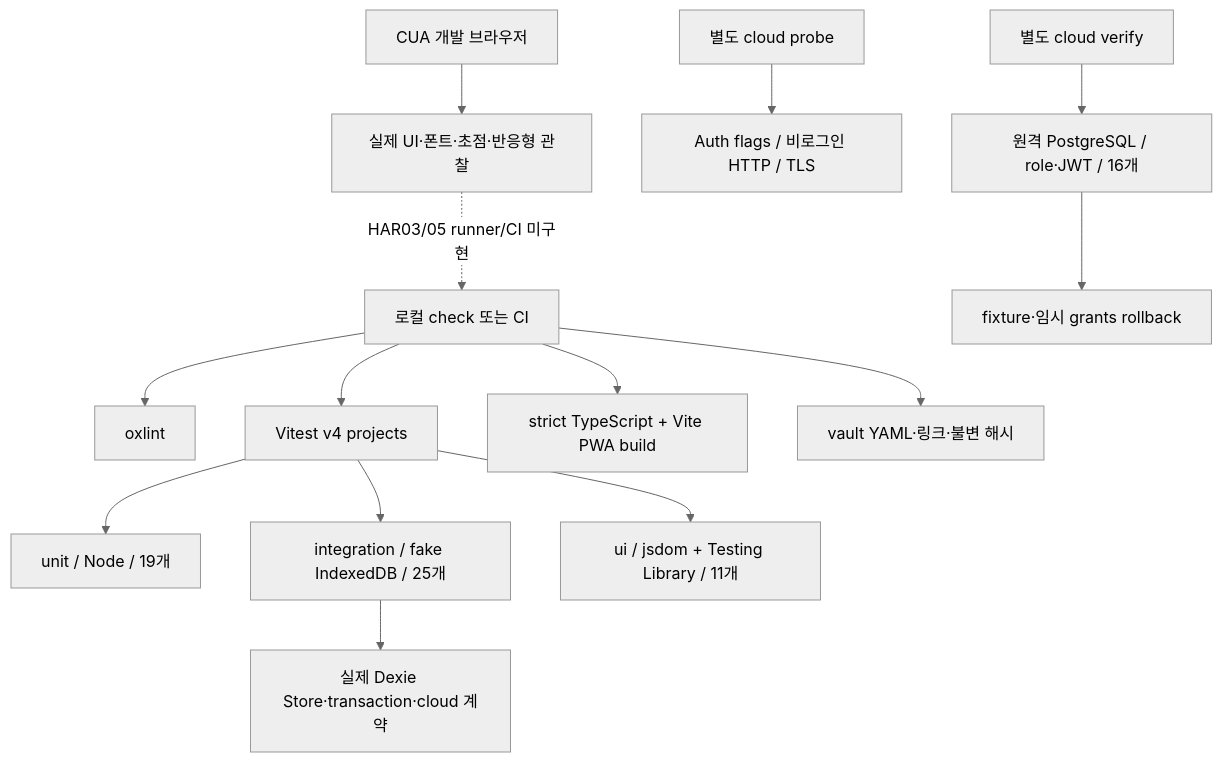
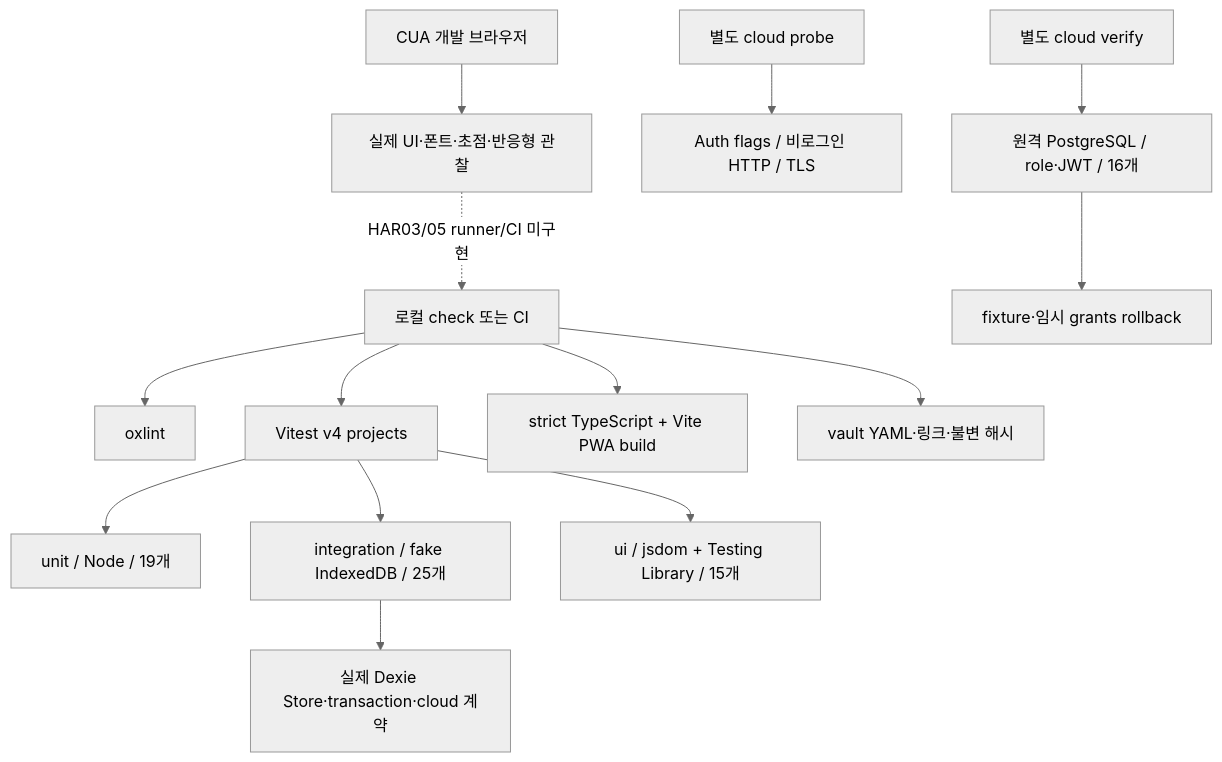
The diagram in vault/wiki/operations/testing-harness.md (Jeongjibsa/lightweight), drawn with Mermaid (neutral theme) before and after one commit. The commit also changed other lines of this file and 25 other files, not shown here.

````diff
--- a/vault/wiki/operations/testing-harness.md
+++ b/vault/wiki/operations/testing-harness.md
@@ -56,16 +59,16 @@
 ```mermaid
 flowchart TD
   A[로컬 check 또는 CI] --> B[oxlint]
   A --> C[Vitest v4 projects]
   C --> U[unit / Node / 19개]
   C --> I[integration / fake IndexedDB / 25개]
-  C --> J[ui / jsdom + Testing Library / 11개]
+  C --> J[ui / jsdom + Testing Library / 15개]
   I --> D[실제 Dexie Store·transaction·cloud 계약]
   A --> E[strict TypeScript + Vite PWA build]
   A --> V[vault YAML·링크·불변 해시]
   S[별도 cloud verify] --> P[원격 PostgreSQL / role·JWT / 16개]
   P --> R[fixture·임시 grants rollback]
   H[별도 cloud probe] --> T[Auth flags / 비로그인 HTTP / TLS]
   X[CUA 개발 브라우저] --> Y[실제 UI·폰트·초점·반응형 관찰]
   Y -. HAR03/05 runner/CI 미구현 .-> A
 ```
````
